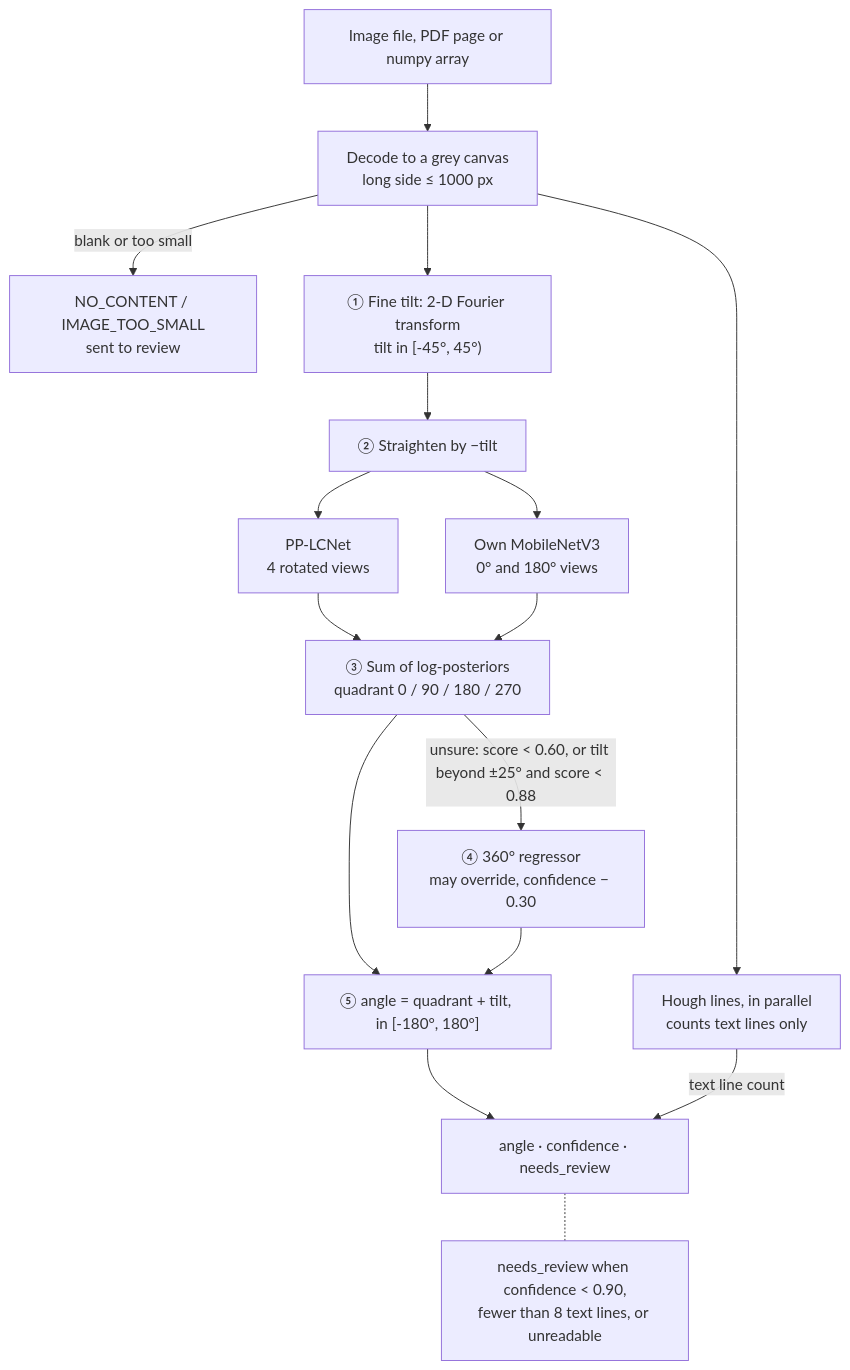
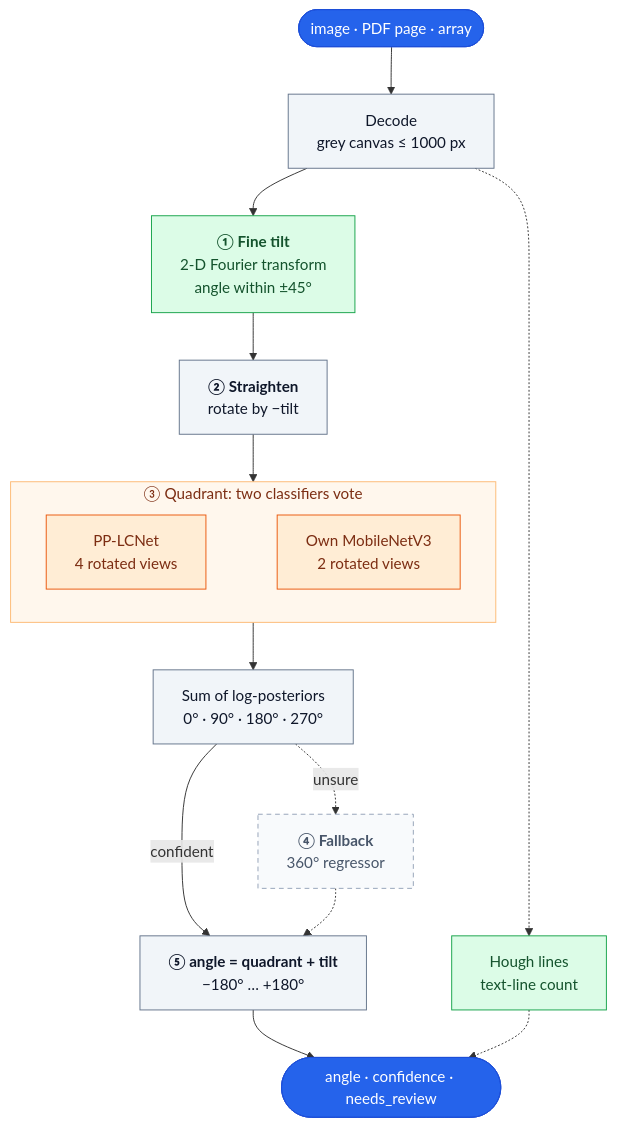
The diagram in README.md (KazimMammadli/docangle), drawn with Mermaid before and after one commit. The commit also changed other lines of this file, not shown here.

Commit message:
README: clearer pipeline diagram (colour by stage type, classifiers side by side, legend)

````diff
--- a/README.md
+++ b/README.md
@@ -104,18 +104,32 @@
 ```mermaid
 flowchart TD
-    A["Image file, PDF page or numpy array"] --> B["Decode to a grey canvas<br/>long side ≤ 1000 px"]
-    B -->|blank or too small| X["NO_CONTENT / IMAGE_TOO_SMALL<br/>sent to review"]
-    B --> H["Hough lines, in parallel<br/>counts text lines only"]
-    B --> T["① Fine tilt: 2-D Fourier transform<br/>tilt in [-45°, 45°)"]
-    T --> S["② Straighten by −tilt"]
-    S --> L["PP-LCNet<br/>4 rotated views"]
-    S --> O["Own MobileNetV3<br/>0° and 180° views"]
-    L --> Q["③ Sum of log-posteriors<br/>quadrant 0 / 90 / 180 / 270"]
-    O --> Q
-    Q -->|"unsure: score < 0.60, or tilt beyond ±25° and score < 0.88"| F["④ 360° regressor<br/>may override, confidence − 0.30"]
-    Q --> D["⑤ angle = quadrant + tilt, in [-180°, 180°]"]
-    F --> D
-    D --> R["angle · confidence · needs_review"]
-    H -->|text line count| R
-    R -.- N["needs_review when confidence < 0.90,<br/>fewer than 8 text lines, or unreadable"]
+    IN(["image · PDF page · array"]) --> DEC["Decode<br/>grey canvas ≤ 1000 px"]
+    DEC --> TILT["<b>① Fine tilt</b><br/>2-D Fourier transform<br/>angle within ±45°"]
+    DEC -.-> LINES["Hough lines<br/>text-line count"]
+    TILT --> STR["<b>② Straighten</b><br/>rotate by −tilt"]
+    subgraph Q["③ Quadrant: two classifiers vote"]
+        direction LR
+        LC["PP-LCNet<br/>4 rotated views"]
+        OWN["Own MobileNetV3<br/>2 rotated views"]
+        LC ~~~ OWN
+    end
+    STR --> Q
+    Q --> SUM["Sum of log-posteriors<br/>0° · 90° · 180° · 270°"]
+    SUM -- confident --> ANG["<b>⑤ angle = quadrant + tilt</b><br/>−180° … +180°"]
+    SUM -. unsure .-> REG["<b>④ Fallback</b><br/>360° regressor"]
+    REG -.-> ANG
+    ANG --> OUT(["angle · confidence · needs_review"])
+    LINES -.-> OUT
+
+    classDef io fill:#2563eb,stroke:#1d4ed8,color:#ffffff
+    classDef step fill:#f1f5f9,stroke:#64748b,color:#0f172a
+    classDef dsp fill:#dcfce7,stroke:#16a34a,color:#14532d
+    classDef nn fill:#ffedd5,stroke:#ea580c,color:#7c2d12
+    classDef rare fill:#f8fafc,stroke:#94a3b8,color:#475569,stroke-dasharray:5 4
+    class IN,OUT io
+    class DEC,STR,SUM,ANG step
+    class TILT,LINES dsp
+    class LC,OWN nn
+    class REG rare
+    style Q fill:#fff7ed,stroke:#fdba74,color:#7c2d12
 ```
````
